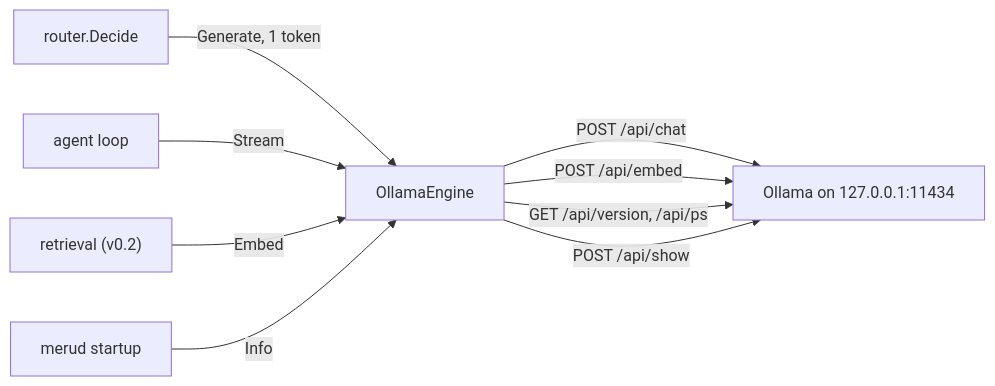
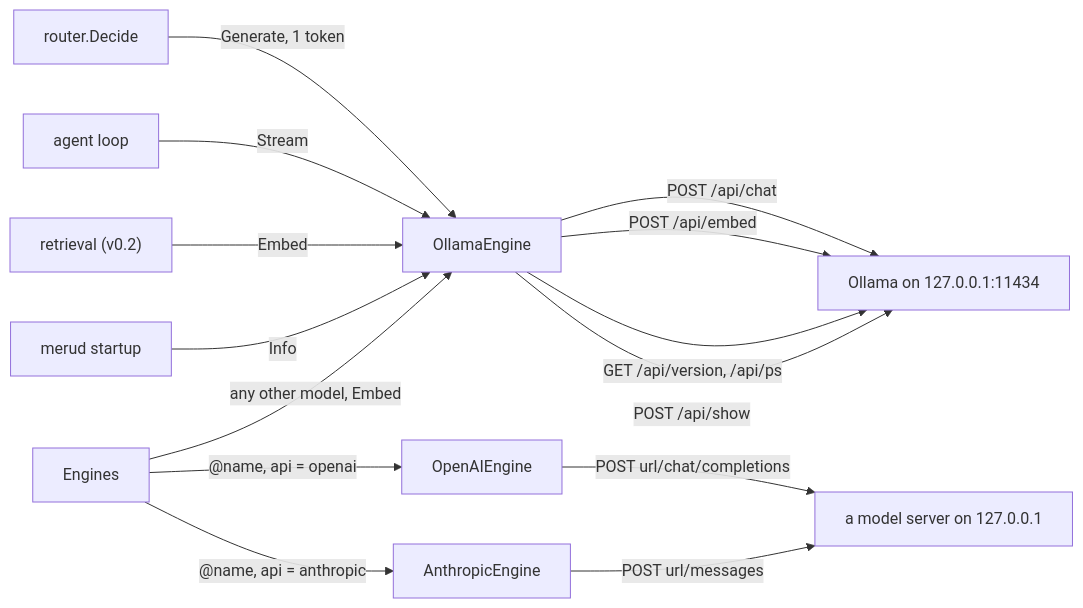
One commit to aarora79/meru changed the diagram in docs/coding-notes/engine.md. Above: the diagram before and after it, drawn with Mermaid. The commit also changed other lines of this file and 56 other files, not shown here.

First line of the commit message:
Answer with a model from another model server on this machine

````diff
--- a/docs/coding-notes/engine.md
+++ b/docs/coding-notes/engine.md
@@ -20,11 +28,16 @@
 ```mermaid
 flowchart LR
     router["router.Decide"] -->|Generate, 1 token| E
     agent["agent loop"] -->|Stream| E
     retrieval["retrieval (v0.2)"] -->|Embed| E
     merud["merud startup"] -->|Info| E
     E["OllamaEngine"] -->|POST /api/chat| O["Ollama on 127.0.0.1:11434"]
     E -->|POST /api/embed| O
     E -->|GET /api/version, /api/ps| O
     E -->|POST /api/show| O
+    EN["Engines"] -->|any other model, Embed| E
+    EN -->|"@name, api = openai"| OA["OpenAIEngine"]
+    EN -->|"@name, api = anthropic"| AN["AnthropicEngine"]
+    OA -->|POST url/chat/completions| S["a model server on 127.0.0.1"]
+    AN -->|POST url/messages| S
 ```
````
